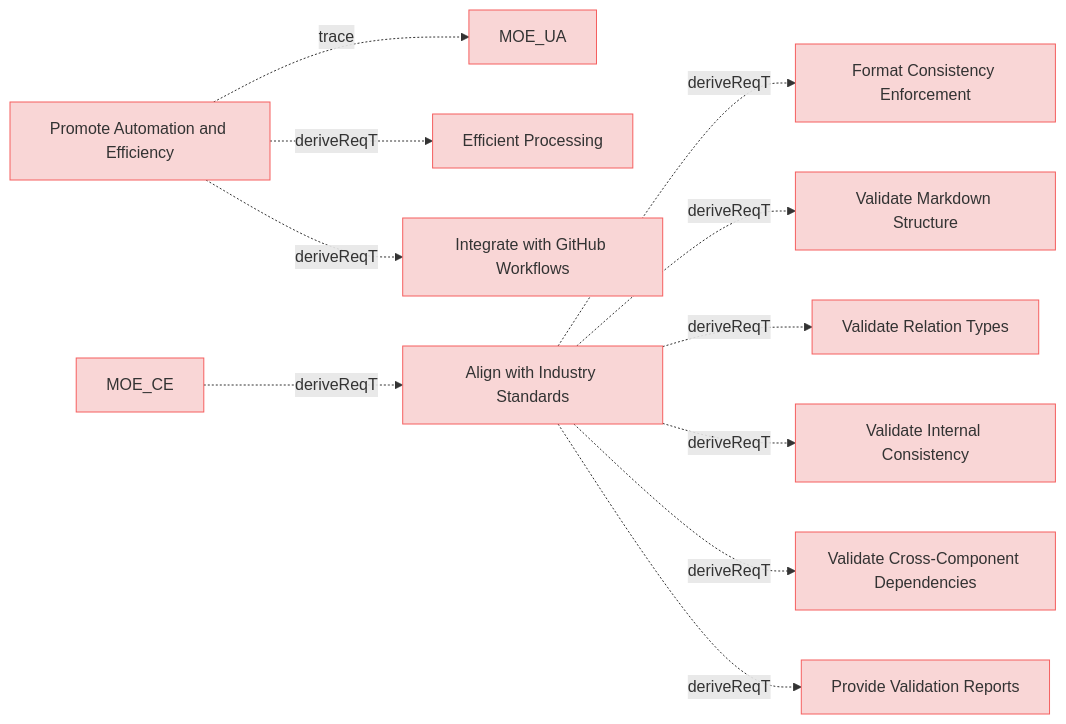
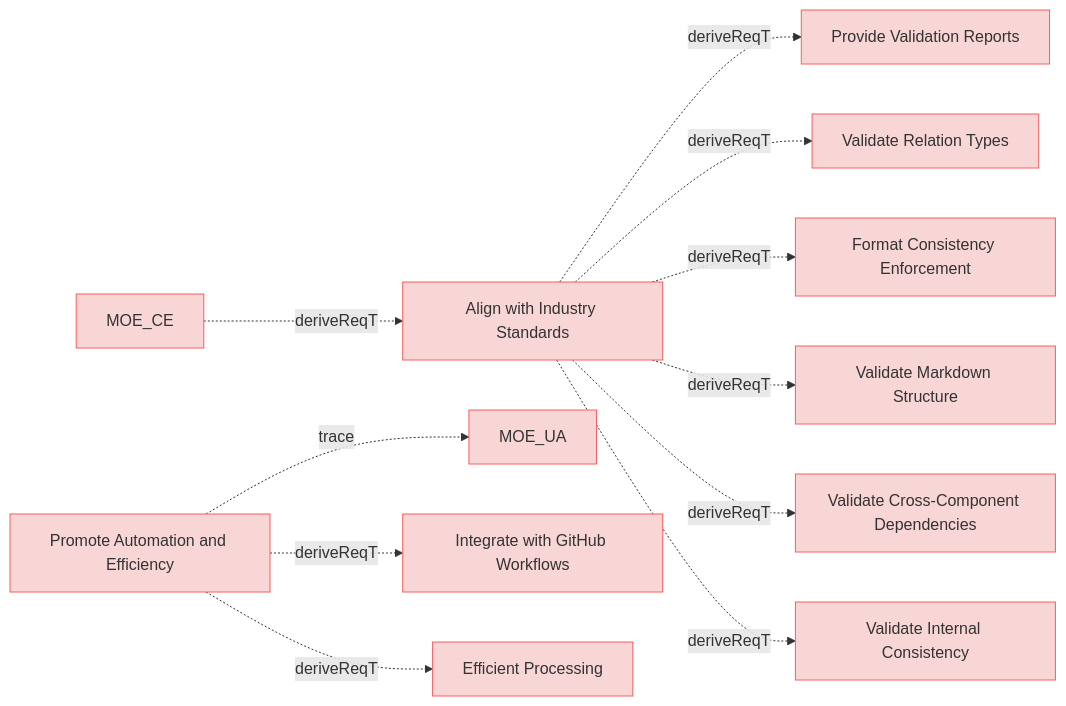
One commit to reqvire-org/reqvire changed the diagram in specifications/MissionRequirements.md. Above: the diagram before and after it, drawn with Mermaid. The commit also changed other lines of this file and 25 other files, not shown here.

````diff
--- a/specifications/MissionRequirements.md
+++ b/specifications/MissionRequirements.md
@@ -5,56 +5,56 @@
 ```mermaid
 graph LR;
   %% REQVIRE-AUTOGENERATED-DIAGRAM
   %% Graph styling
   classDef userRequirement fill:#f9d6d6,stroke:#f55f5f,stroke-width:1px;
   classDef systemRequirement fill:#fce4e4,stroke:#e68a8a,stroke-width:1px;
   classDef verification fill:#d6f9d6,stroke:#5fd75f,stroke-width:1px;
   classDef default fill:#f5f5f5,stroke:#333333,stroke-width:1px;
 
-  80166c5161b33956["Promote Automation and Efficiency"];
-  class 80166c5161b33956 userRequirement;
-  click 80166c5161b33956 "MissionRequirements.md#promote-automation-and-efficiency";
-  2c5f30f14e792200["MOE_UA"];
-  class 2c5f30f14e792200 userRequirement;
-  click 2c5f30f14e792200 "MOEs.md#moe_ua";
-  80166c5161b33956 -.->|trace| 2c5f30f14e792200;
-  d193d11c43776bec["Efficient Processing"];
-  class d193d11c43776bec userRequirement;
-  click d193d11c43776bec "ManagingMbseModelsRequirements.md#efficient-processing";
-  80166c5161b33956 -.->|deriveReqT| d193d11c43776bec;
-  98eaeddc27f99e11["Integrate with GitHub Workflows"];
-  class 98eaeddc27f99e11 userRequirement;
-  click 98eaeddc27f99e11 "UserStories.md#integrate-with-github-workflows";
-  80166c5161b33956 -.->|deriveReqT| 98eaeddc27f99e11;
   b74eec7ed767e7c["Align with Industry Standards"];
   class b74eec7ed767e7c userRequirement;
   click b74eec7ed767e7c "MissionRequirements.md#align-with-industry-standards";
+  ed31b6bed1cde2f8["Provide Validation Reports"];
+  class ed31b6bed1cde2f8 userRequirement;
+  click ed31b6bed1cde2f8 "UserRequirements.md#provide-validation-reports";
+  b74eec7ed767e7c -.->|deriveReqT| ed31b6bed1cde2f8;
+  f25cbfbca6d6d92e["Validate Relation Types"];
+  class f25cbfbca6d6d92e userRequirement;
+  click f25cbfbca6d6d92e "UserRequirements.md#validate-relation-types";
+  b74eec7ed767e7c -.->|deriveReqT| f25cbfbca6d6d92e;
   974ccf933675ef44["Format Consistency Enforcement"];
   class 974ccf933675ef44 userRequirement;
   click 974ccf933675ef44 "UserRequirements.md#format-consistency-enforcement";
   b74eec7ed767e7c -.->|deriveReqT| 974ccf933675ef44;
   586b073cd97908da["Validate Markdown Structure"];
   class 586b073cd97908da userRequirement;
   click 586b073cd97908da "UserRequirements.md#validate-markdown-structure";
   b74eec7ed767e7c -.->|deriveReqT| 586b073cd97908da;
-  f25cbfbca6d6d92e["Validate Relation Types"];
-  class f25cbfbca6d6d92e userRequirement;
-  click f25cbfbca6d6d92e "UserRequirements.md#validate-relation-types";
-  b74eec7ed767e7c -.->|deriveReqT| f25cbfbca6d6d92e;
+  3bd9d29239564eeb["Validate Cross-Component Dependencies"];
+  class 3bd9d29239564eeb userRequirement;
+  click 3bd9d29239564eeb "UserRequirements.md#validate-cross-component-dependencies";
+  b74eec7ed767e7c -.->|deriveReqT| 3bd9d29239564eeb;
   c50887ce89be280a["Validate Internal Consistency"];
   class c50887ce89be280a userRequirement;
   click c50887ce89be280a "UserRequirements.md#validate-internal-consistency";
   b74eec7ed767e7c -.->|deriveReqT| c50887ce89be280a;
-  3bd9d29239564eeb["Validate Cross-Component Dependencies"];
-  class 3bd9d29239564eeb userRequirement;
-  click 3bd9d29239564eeb "UserRequirements.md#validate-cross-component-dependencies";
-  b74eec7ed767e7c -.->|deriveReqT| 3bd9d29239564eeb;
-  ed31b6bed1cde2f8["Provide Validation Reports"];
-  class ed31b6bed1cde2f8 userRequirement;
-  click ed31b6bed1cde2f8 "UserRequirements.md#provide-validation-reports";
-  b74eec7ed767e7c -.->|deriveReqT| ed31b6bed1cde2f8;
+  80166c5161b33956["Promote Automation and Efficiency"];
+  class 80166c5161b33956 userRequirement;
+  click 80166c5161b33956 "MissionRequirements.md#promote-automation-and-efficiency";
+  2c5f30f14e792200["MOE_UA"];
+  class 2c5f30f14e792200 userRequirement;
+  click 2c5f30f14e792200 "MOEs.md#moe_ua";
+  80166c5161b33956 -.->|trace| 2c5f30f14e792200;
+  98eaeddc27f99e11["Integrate with GitHub Workflows"];
+  class 98eaeddc27f99e11 userRequirement;
+  click 98eaeddc27f99e11 "UserStories.md#integrate-with-github-workflows";
+  80166c5161b33956 -.->|deriveReqT| 98eaeddc27f99e11;
+  d193d11c43776bec["Efficient Processing"];
+  class d193d11c43776bec userRequirement;
+  click d193d11c43776bec "ManagingMbseModelsRequirements.md#efficient-processing";
+  80166c5161b33956 -.->|deriveReqT| d193d11c43776bec;
   e9ad540a6411a0fc["MOE_CE"];
   class e9ad540a6411a0fc userRequirement;
   click e9ad540a6411a0fc "MOEs.md#moe_ce";
   e9ad540a6411a0fc -.->|deriveReqT| b74eec7ed767e7c;
 ```
````
